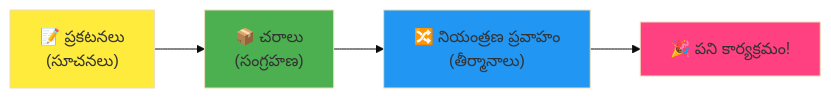
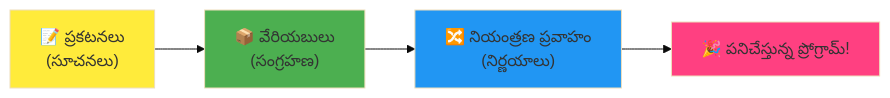
One commit to microsoft/Web-Dev-For-Beginners changed the fourth of 7 diagrams in translations/te/1-getting-started-lessons/1-intro-to-programming-languages/README.md. Above: the diagram before and after it, drawn with Mermaid (base theme). The commit also changed other lines of this file and 13 other files, not shown here.

````diff
--- a/translations/te/1-getting-started-lessons/1-intro-to-programming-languages/README.md
+++ b/translations/te/1-getting-started-lessons/1-intro-to-programming-languages/README.md
@@ -464,9 +465,9 @@
 ```mermaid
 flowchart LR
-    A["📝 ప్రకటనలు<br/>(సూచనలు)"] --> B["📦 చరాలు<br/>(సంగ్రహణ)"] --> C["🔀 నియంత్రణ ప్రవాహం<br/>(తీర్మానాలు)"] --> D["🎉 పని కార్యక్రమం!"]
+    A["📝 ప్రకటనలు<br/>(సూచనలు)"] --> B["📦 వేరియబులు<br/>(సంగ్రహణ)"] --> C["🔀 నియంత్రణ ప్రవాహం<br/>(నిర్ణయాలు)"] --> D["🎉 పనిచేస్తున్న ప్రోగ్రామ్!"]
     
     style A fill:#ffeb3b
     style B fill:#4caf50
     style C fill:#2196f3
     style D fill:#ff4081
 ```  
````
